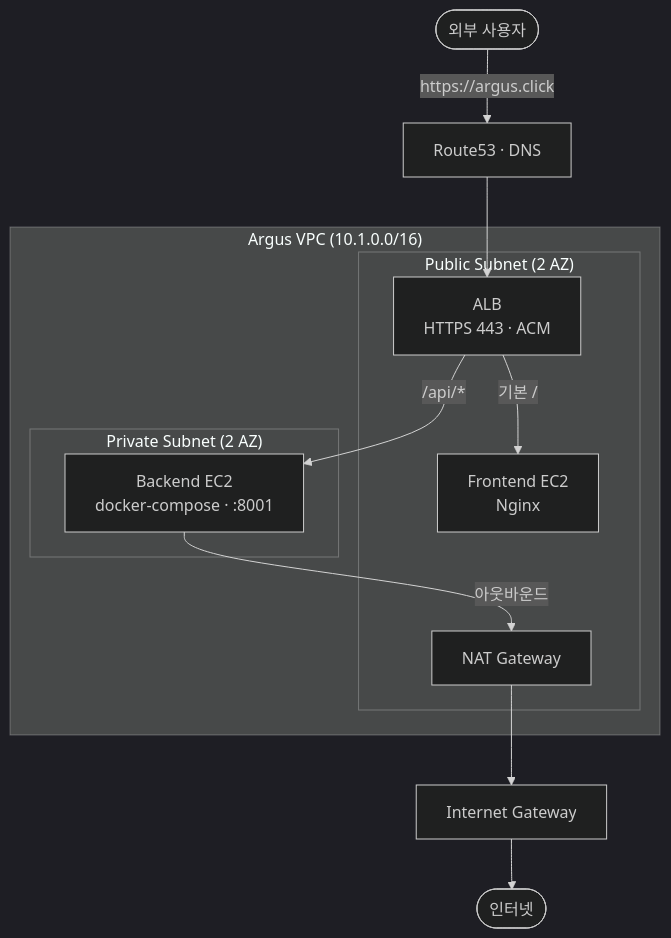
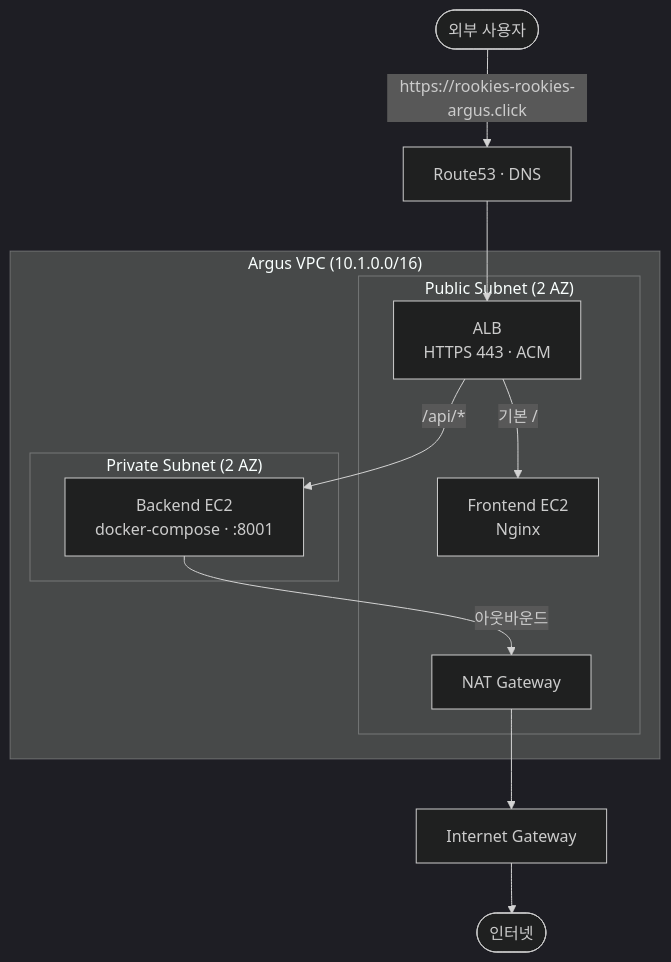
The diagram in README.md (UR-ARGUS/ARGUS_Infra), drawn with Mermaid (dark theme) before and after one commit. The commit also changed other lines of this file and 10 other files, not shown here.

````diff
--- a/README.md
+++ b/README.md
@@ -14,20 +14,20 @@
 ```mermaid
 flowchart TB
-    User([외부 사용자]) -->|"https://argus.click"| R53[Route53 · DNS]
+    User([외부 사용자]) -->|"https://rookies-rookies-argus.click"| R53[Route53 · DNS]
     R53 --> ALB
 
     subgraph VPC["Argus VPC (10.1.0.0/16)"]
       subgraph Public["Public Subnet (2 AZ)"]
         ALB[ALB<br/>HTTPS 443 · ACM]
         FE[Frontend EC2<br/>Nginx]
         NAT[NAT Gateway]
       end
       subgraph Private["Private Subnet (2 AZ)"]
         BE[Backend EC2<br/>docker-compose · :8001]
       end
     end
 
     ALB -->|"기본 /"| FE
     ALB -->|"/api/*"| BE
     BE -->|아웃바운드| NAT --> IGW[Internet Gateway] --> Net([인터넷])
 ```
````
